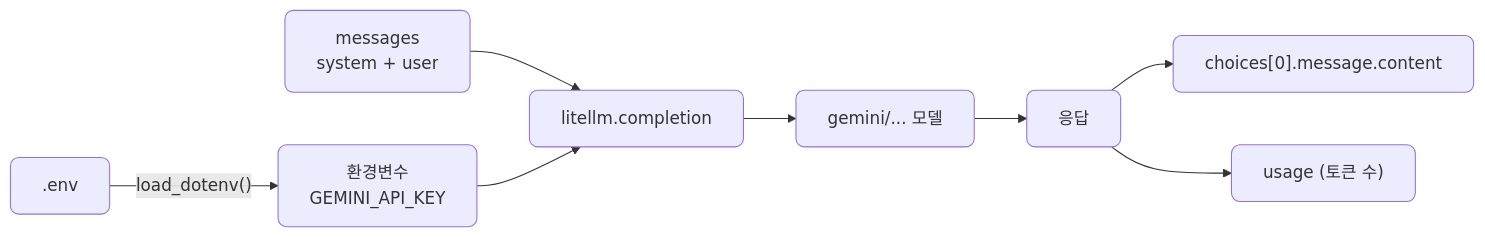
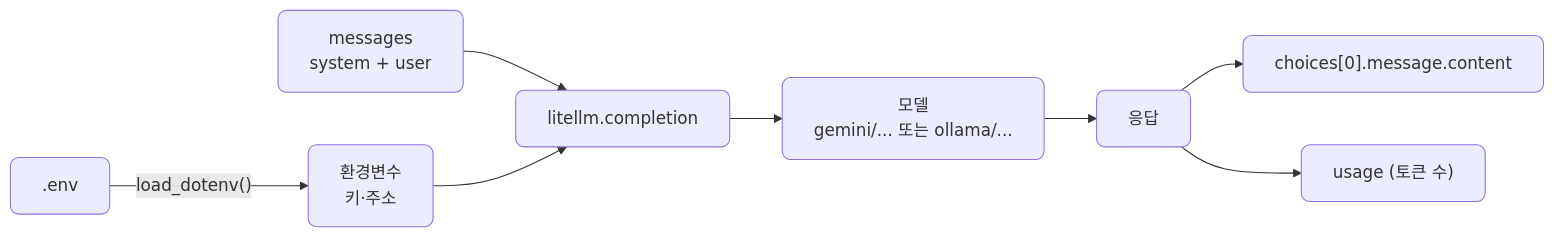
The first of 6 diagrams in docs/section1/lec04/README.md (CodeCompose7/ai_service_engineering), drawn with Mermaid before and after one commit. The commit also changed other lines of this file and 5 other files, not shown here.

First line of the commit message:
lec04: gemini·ollama 비교와 다중 케이스로 확장

````diff
--- a/docs/section1/lec04/README.md
+++ b/docs/section1/lec04/README.md
@@ -18,11 +17,11 @@
 ```mermaid
 flowchart LR
-  ENVF[".env"] -->|"load_dotenv()"| EV["환경변수<br/>GEMINI_API_KEY"]
+  ENVF[".env"] -->|"load_dotenv()"| EV["환경변수<br/>키·주소"]
   MSG["messages<br/>system + user"] --> LC["litellm.completion"]
   EV --> LC
-  LC --> P["gemini/... 모델"]
+  LC --> P["모델<br/>gemini/... 또는 ollama/..."]
   P --> R["응답"]
   R --> CT["choices[0].message.content"]
   R --> US["usage (토큰 수)"]
   classDef default rx:8,ry:8;
 ```
````
